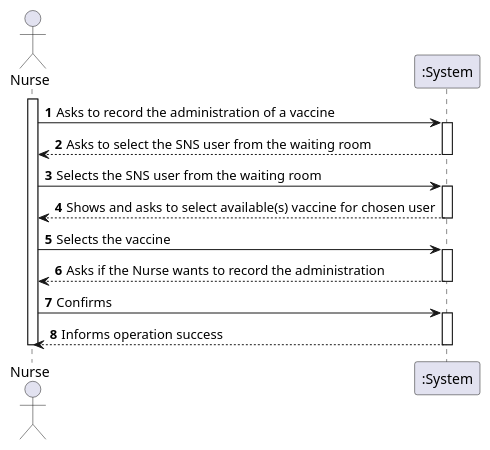
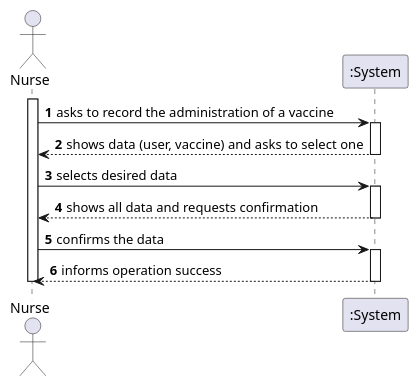
The diagram in docs/SprintD/US8/US8_SSD.puml (diogonapoles/isep-lapr2), drawn with PlantUML before and after one commit. The commit also changed 13 other files, not shown here.

```diff
--- a/docs/SprintD/US8/US8_SSD.puml
+++ b/docs/SprintD/US8/US8_SSD.puml
@@ -1,27 +1,22 @@
 @startuml
 autonumber
 actor "Nurse" as NU
 
 activate NU
-NU -> ":System" : Asks to record the administration of a vaccine
+NU -> ":System" : asks to record the administration of a vaccine
 activate ":System"
-":System" --> NU : Asks to select the SNS user from the waiting room
+":System" --> NU : shows data (user, vaccine) and asks to select one
 deactivate ":System"
 
-NU -> ":System" : Selects the SNS user from the waiting room
+NU -> ":System" : selects desired data
 activate ":System"
-":System" --> NU : Shows and asks to select available(s) vaccine for chosen user
+":System" --> NU : shows all data and requests confirmation
 deactivate ":System"
 
-NU -> ":System" : Selects the vaccine
+NU -> ":System" : confirms the data
 activate ":System"
-":System" --> NU : Asks if the Nurse wants to record the administration
-deactivate ":System"
-
-NU -> ":System" : Confirms
-activate ":System"
-":System" --> NU : Informs operation success
+":System" --> NU : informs operation success
 deactivate ":System"
 
 deactivate NU
 @enduml
```
